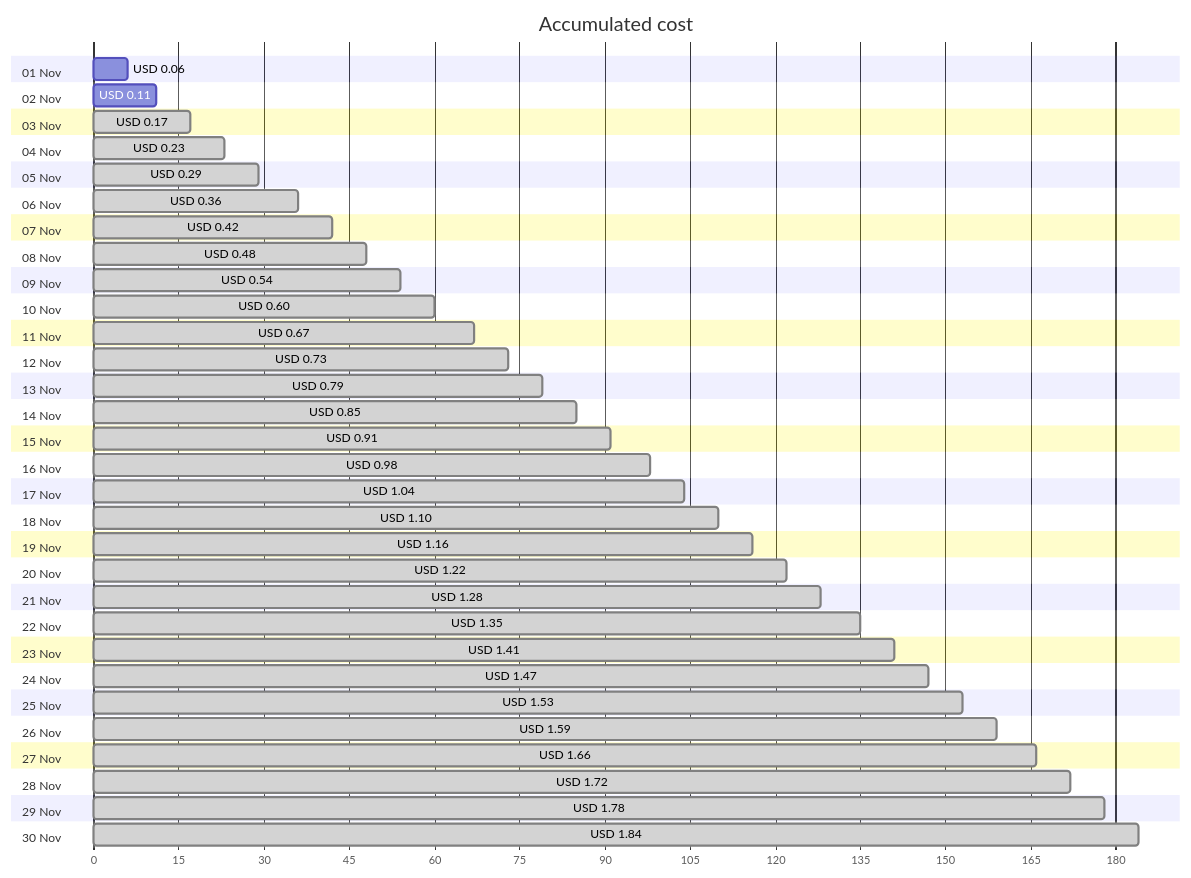
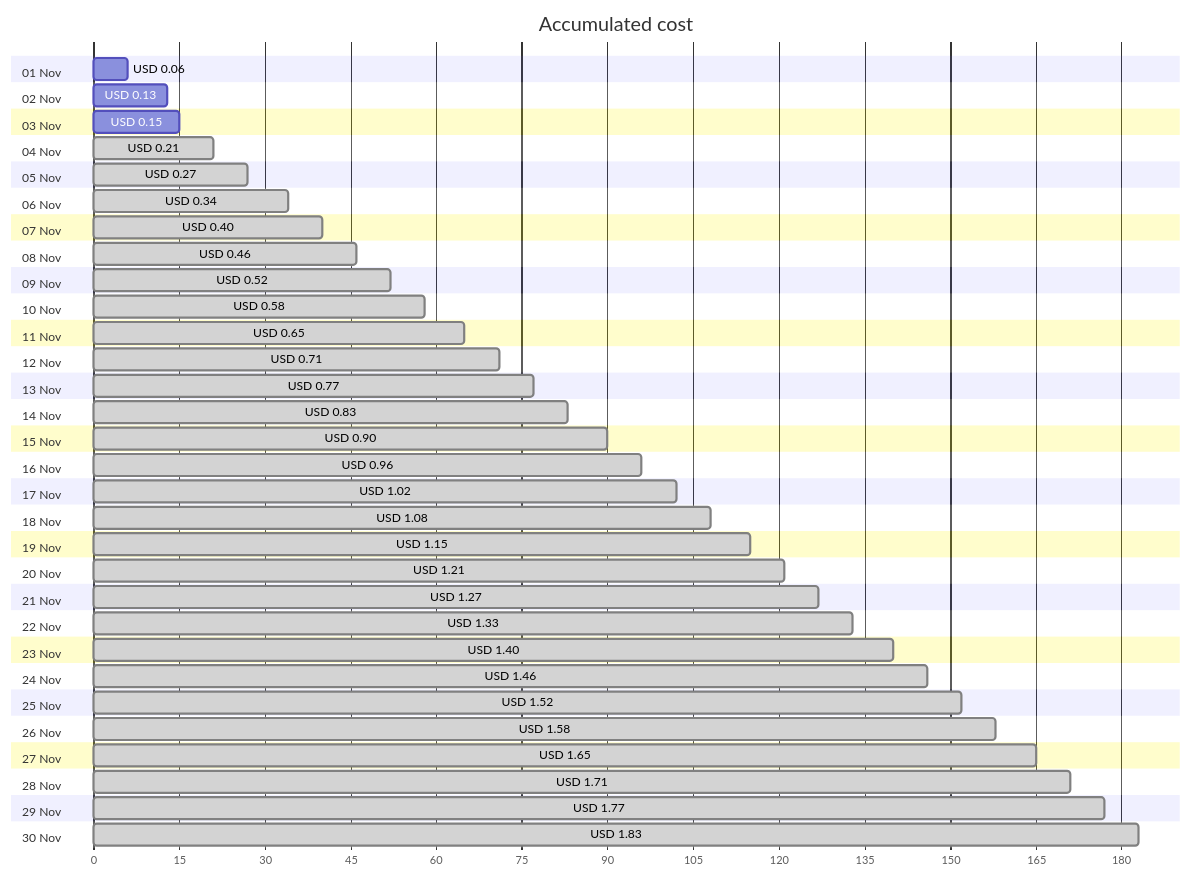
The first of 4 diagrams in cost-reports/personal-network/vpn-server_OsDisk.md (jpfulton/azure-personal-reports), drawn with Mermaid before and after one commit. The commit also changed other lines of this file and 8 other files, not shown here.

````diff
--- a/cost-reports/personal-network/vpn-server_OsDisk.md
+++ b/cost-reports/personal-network/vpn-server_OsDisk.md
@@ -20,66 +20,66 @@
 ```mermaid
 gantt
    title Accumulated cost
    dateFormat  X
    axisFormat %s
    section 01 Nov
    USD 0.06 :0, 6
    section 02 Nov
-   USD 0.11 :0, 11
+   USD 0.13 :0, 13
    section 03 Nov
-   USD 0.17 : done, 0, 17
+   USD 0.15 :0, 15
    section 04 Nov
-   USD 0.23 : done, 0, 23
+   USD 0.21 : done, 0, 21
    section 05 Nov
-   USD 0.29 : done, 0, 29
+   USD 0.27 : done, 0, 27
    section 06 Nov
-   USD 0.36 : done, 0, 36
+   USD 0.34 : done, 0, 34
    section 07 Nov
-   USD 0.42 : done, 0, 42
+   USD 0.40 : done, 0, 40
    section 08 Nov
-   USD 0.48 : done, 0, 48
+   USD 0.46 : done, 0, 46
    section 09 Nov
-   USD 0.54 : done, 0, 54
+   USD 0.52 : done, 0, 52
    section 10 Nov
-   USD 0.60 : done, 0, 60
+   USD 0.58 : done, 0, 58
    section 11 Nov
-   USD 0.67 : done, 0, 67
+   USD 0.65 : done, 0, 65
    section 12 Nov
-   USD 0.73 : done, 0, 73
+   USD 0.71 : done, 0, 71
    section 13 Nov
-   USD 0.79 : done, 0, 79
+   USD 0.77 : done, 0, 77
    section 14 Nov
-   USD 0.85 : done, 0, 85
+   USD 0.83 : done, 0, 83
    section 15 Nov
-   USD 0.91 : done, 0, 91
+   USD 0.90 : done, 0, 90
    section 16 Nov
-   USD 0.98 : done, 0, 98
+   USD 0.96 : done, 0, 96
    section 17 Nov
-   USD 1.04 : done, 0, 104
+   USD 1.02 : done, 0, 102
    section 18 Nov
-   USD 1.10 : done, 0, 110
+   USD 1.08 : done, 0, 108
    section 19 Nov
-   USD 1.16 : done, 0, 116
+   USD 1.15 : done, 0, 115
    section 20 Nov
-   USD 1.22 : done, 0, 122
+   USD 1.21 : done, 0, 121
    section 21 Nov
-   USD 1.28 : done, 0, 128
+   USD 1.27 : done, 0, 127
    section 22 Nov
-   USD 1.35 : done, 0, 135
+   USD 1.33 : done, 0, 133
    section 23 Nov
-   USD 1.41 : done, 0, 141
+   USD 1.40 : done, 0, 140
    section 24 Nov
-   USD 1.47 : done, 0, 147
+   USD 1.46 : done, 0, 146
    section 25 Nov
-   USD 1.53 : done, 0, 153
+   USD 1.52 : done, 0, 152
    section 26 Nov
-   USD 1.59 : done, 0, 159
+   USD 1.58 : done, 0, 158
    section 27 Nov
-   USD 1.66 : done, 0, 166
+   USD 1.65 : done, 0, 165
    section 28 Nov
-   USD 1.72 : done, 0, 172
+   USD 1.71 : done, 0, 171
    section 29 Nov
-   USD 1.78 : done, 0, 178
+   USD 1.77 : done, 0, 177
    section 30 Nov
-   USD 1.84 : done, 0, 184
+   USD 1.83 : done, 0, 183
 ```
````
